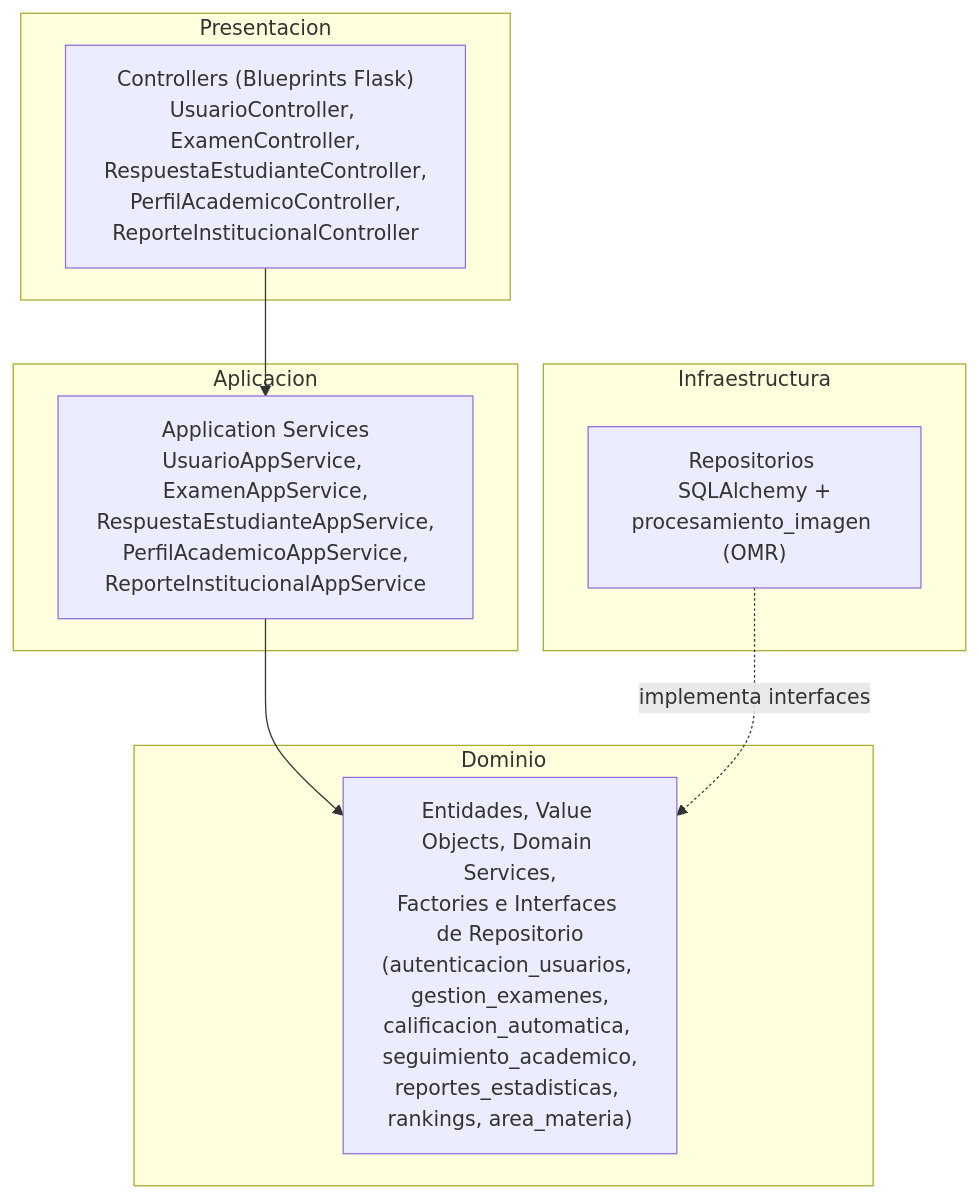
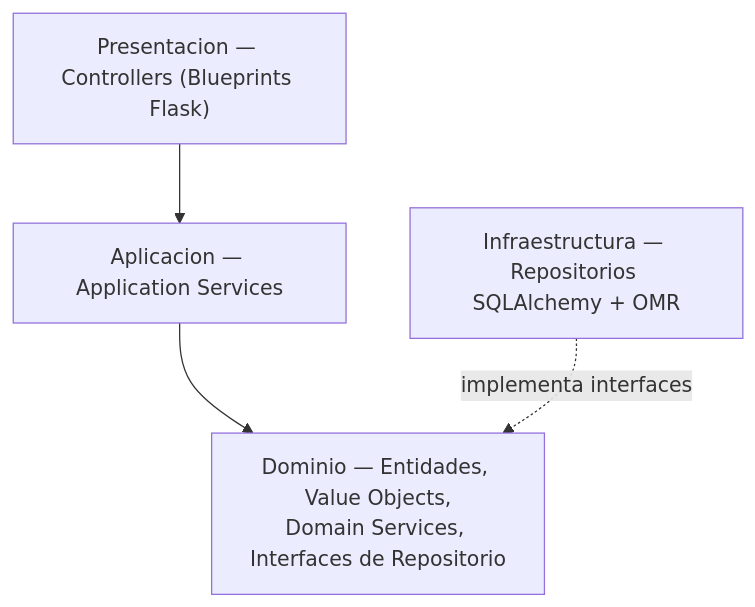
One commit to AlessandroDS3/SISTEMA_ACADEMICO_V2 changed the second of 2 diagrams in README.md. Above: the diagram before and after it, drawn with Mermaid. The commit also changed other lines of this file, not shown here.

````diff
--- a/README.md
+++ b/README.md
@@ -120,19 +85,6 @@
 ```mermaid
 flowchart TD
-    subgraph Presentacion
-        controllers["Controllers (Blueprints Flask)<br/>UsuarioController, ExamenController,<br/>RespuestaEstudianteController,<br/>PerfilAcademicoController,<br/>ReporteInstitucionalController"]
-    end
-    subgraph Aplicacion
-        services["Application Services<br/>UsuarioAppService, ExamenAppService,<br/>RespuestaEstudianteAppService,<br/>PerfilAcademicoAppService,<br/>ReporteInstitucionalAppService"]
-    end
-    subgraph Dominio
-        dominio["Entidades, Value Objects, Domain Services,<br/>Factories e Interfaces de Repositorio<br/>(autenticacion_usuarios, gestion_examenes,<br/>calificacion_automatica, seguimiento_academico,<br/>reportes_estadisticas, rankings, area_materia)"]
-    end
-    subgraph Infraestructura
-        infra["Repositorios SQLAlchemy +<br/>procesamiento_imagen (OMR)"]
-    end
-
-    controllers --> services
-    services --> dominio
-    infra -.implementa interfaces.-> dominio
+    P["Presentacion — Controllers (Blueprints Flask)"] --> A["Aplicacion — Application Services"]
+    A --> D["Dominio — Entidades, Value Objects,<br/>Domain Services, Interfaces de Repositorio"]
+    I["Infraestructura — Repositorios SQLAlchemy + OMR"] -.implementa interfaces.-> D
 ```
````
